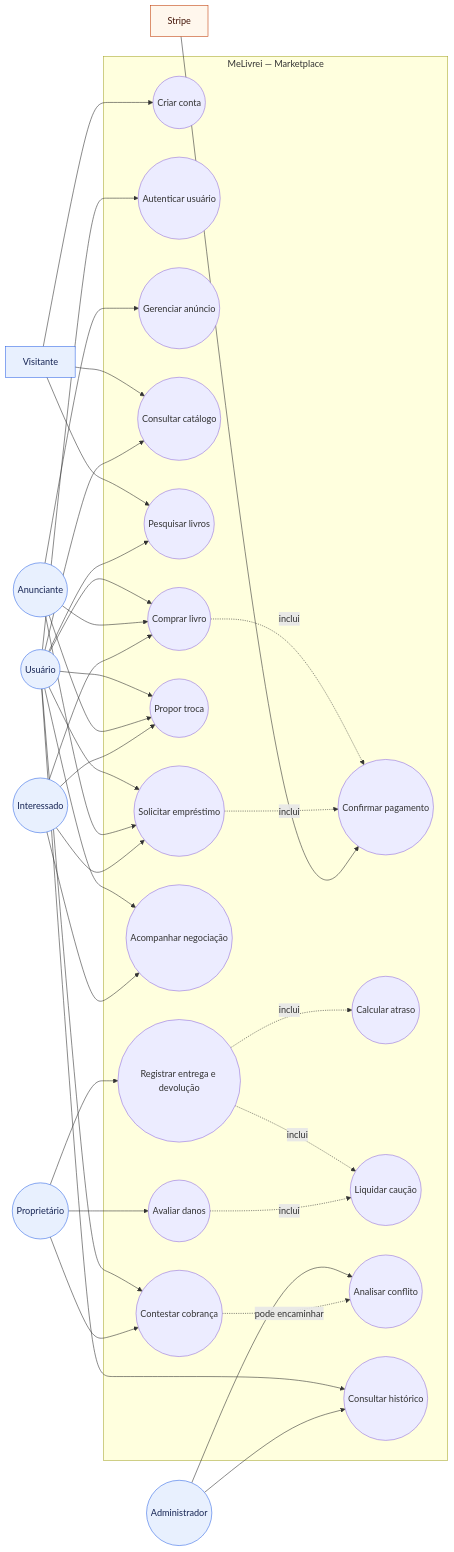
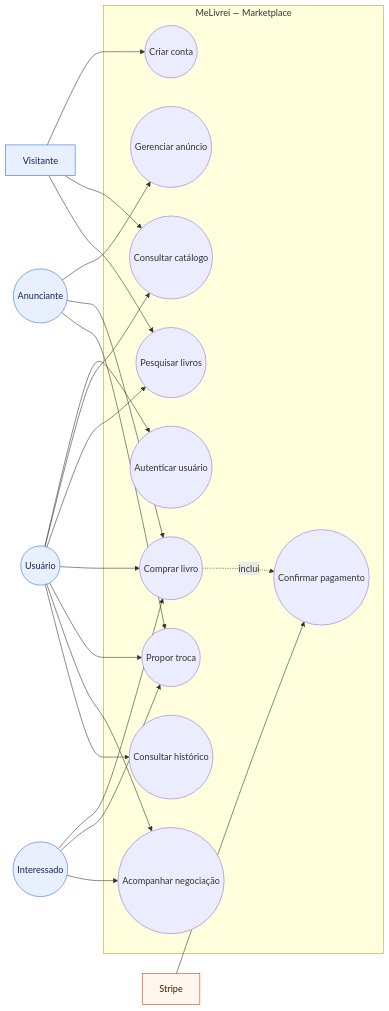
The diagram in docs/uml/casos-de-uso.md (BuysCode/melivrei), drawn with Mermaid before and after one commit. The commit also changed other lines of this file and 43 other files, not shown here.

````diff
--- a/docs/uml/casos-de-uso.md
+++ b/docs/uml/casos-de-uso.md
@@ -1,74 +3,45 @@
 ```mermaid
 flowchart LR
     visitante[Visitante]
     usuario((Usuário))
     anunciante((Anunciante))
     interessado((Interessado))
-    proprietario((Proprietário))
-    administrador((Administrador))
     stripe[Stripe]
 
     subgraph sistema["MeLivrei — Marketplace"]
         UC01((Criar conta))
         UC02((Autenticar usuário))
         UC03((Gerenciar anúncio))
         UC04((Consultar catálogo))
         UC05((Pesquisar livros))
         UC06((Comprar livro))
         UC07((Propor troca))
-        UC08((Solicitar empréstimo))
-        UC09((Confirmar pagamento))
-        UC10((Acompanhar negociação))
-        UC11((Registrar entrega e devolução))
-        UC12((Avaliar danos))
-        UC13((Calcular atraso))
-        UC14((Liquidar caução))
-        UC15((Contestar cobrança))
-        UC16((Analisar conflito))
-        UC17((Consultar histórico))
+        UC08((Confirmar pagamento))
+        UC09((Acompanhar negociação))
+        UC10((Consultar histórico))
     end
 
     visitante --> UC01
     visitante --> UC04
     visitante --> UC05
-
     usuario --> UC02
     usuario --> UC04
     usuario --> UC05
     usuario --> UC06
     usuario --> UC07
-    usuario --> UC08
+    usuario --> UC09
     usuario --> UC10
-    usuario --> UC15
-    usuario --> UC17
-
     anunciante --> UC03
     anunciante --> UC06
     anunciante --> UC07
-    anunciante --> UC08
-
     interessado --> UC06
     interessado --> UC07
-    interessado --> UC08
-    interessado --> UC10
-
-    proprietario --> UC11
-    proprietario --> UC12
-    proprietario --> UC15
-
-    administrador --> UC16
-    administrador --> UC17
-
-    UC06 -.->|inclui| UC09
-    UC08 -.->|inclui| UC09
-    UC11 -.->|inclui| UC13
-    UC11 -.->|inclui| UC14
-    UC12 -.->|inclui| UC14
-    UC15 -.->|pode encaminhar| UC16
-    stripe --> UC09
+    interessado --> UC09
+    UC06 -.->|inclui| UC08
+    stripe --> UC08
 
     classDef actor fill:#e8f0fe,stroke:#356ae6,color:#172554,stroke-width:1px;
     classDef external fill:#fff7ed,stroke:#c2410c,color:#431407,stroke-width:1px;
-    class visitante,usuario,anunciante,interessado,proprietario,administrador actor;
+    class visitante,usuario,anunciante,interessado actor;
     class stripe external;
 ```
````
